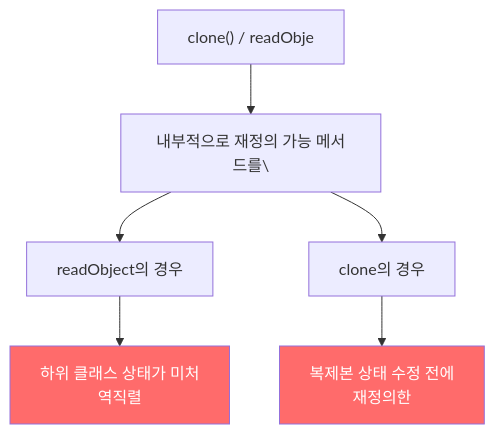
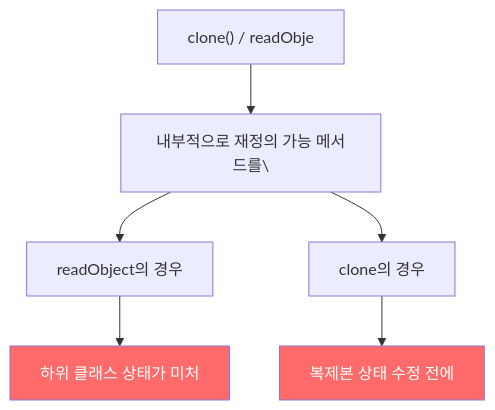
The fifth of 6 diagrams in _posts/java/2022-01-03-effective-java19.md (yjkim2015/yjkim2015.github.io), drawn with Mermaid before and after one commit. The commit also changed other lines of this file and 217 other files, not shown here.

First line of the commit message:
Mermaid 크기 수정: useMaxWidth:true + SVG max-width:100% + 라벨 축소

````diff
--- a/_posts/java/2022-01-03-effective-java19.md
+++ b/_posts/java/2022-01-03-effective-java19.md
@@ -170,10 +170,10 @@
 ```mermaid
 graph TD
     A["clone() / readObje"] --> B["내부적으로 재정의 가능 메서드를\"]
     B --> C["readObject의 경우"]
     B --> D["clone의 경우"]
-    C --> C1["하위 클래스 상태가 미처\n역직렬"]
-    D --> D1["복제본 상태 수정 전에\n재정의한"]
+    C --> C1["하위 클래스 상태가 미처"]
+    D --> D1["복제본 상태 수정 전에"]
     style C1 fill:#ff6b6b,color:#fff
     style D1 fill:#ff6b6b,color:#fff
 ```
````
